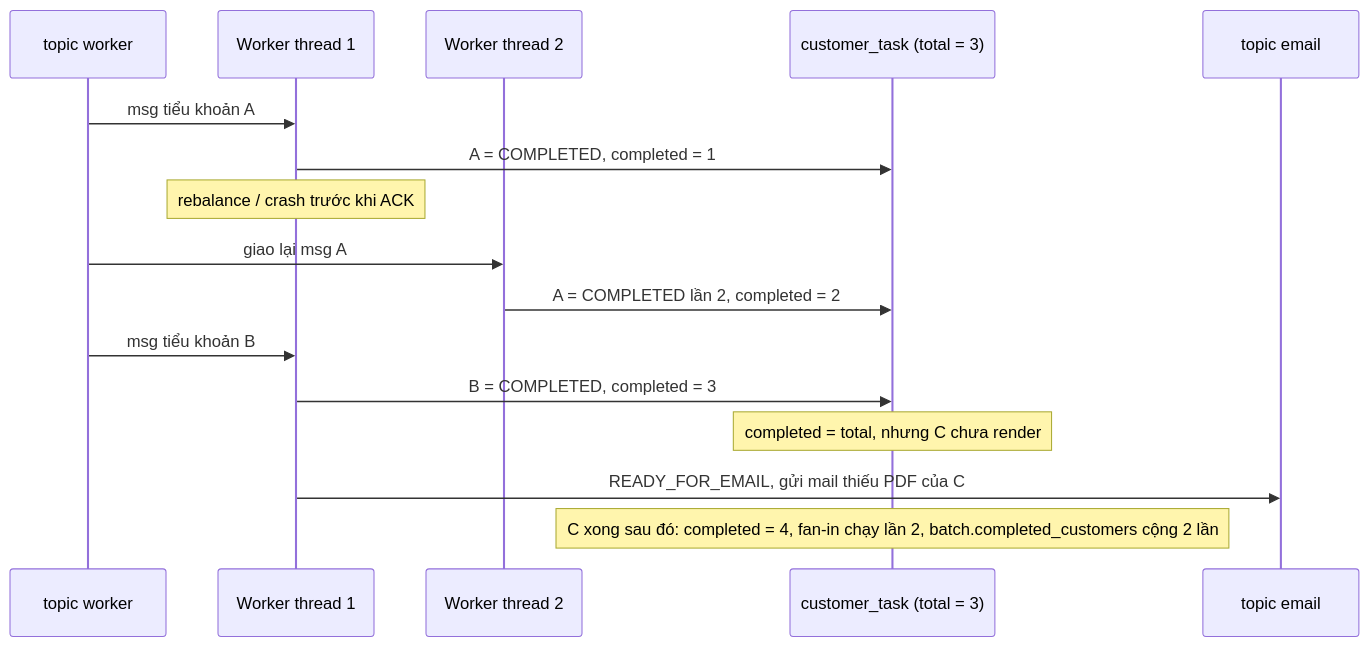
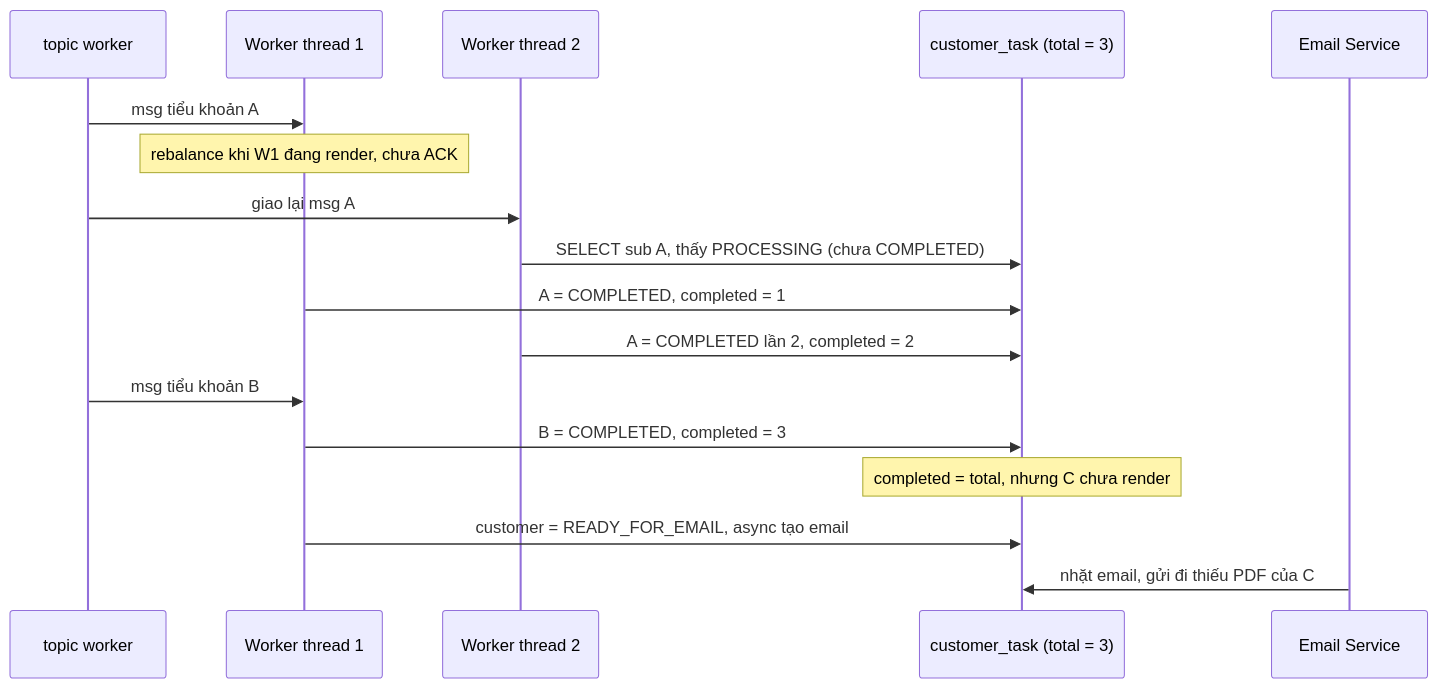
One commit to trandem/blog changed the second of 3 diagrams in sao-ke-eod-trang-thai-va-retry.md. Above: the diagram before and after it, drawn with Mermaid. The commit also changed other lines of this file, not shown here.

````diff
--- a/sao-ke-eod-trang-thai-va-retry.md
+++ b/sao-ke-eod-trang-thai-va-retry.md
@@ -188,19 +93,20 @@
 ```mermaid
 sequenceDiagram
     participant K as topic worker
     participant W1 as Worker thread 1
     participant W2 as Worker thread 2
     participant DB as customer_task (total = 3)
-    participant E as topic email
+    participant ES as Email Service
 
     K->>W1: msg tiểu khoản A
+    Note over W1: rebalance khi W1 đang render, chưa ACK
+    K->>W2: giao lại msg A
+    W2->>DB: SELECT sub A, thấy PROCESSING (chưa COMPLETED)
     W1->>DB: A = COMPLETED, completed = 1
-    Note over W1: rebalance / crash trước khi ACK
-    K->>W2: giao lại msg A
     W2->>DB: A = COMPLETED lần 2, completed = 2
     K->>W1: msg tiểu khoản B
     W1->>DB: B = COMPLETED, completed = 3
     Note over DB: completed = total, nhưng C chưa render
-    W1->>E: READY_FOR_EMAIL, gửi mail thiếu PDF của C
-    Note over DB: C xong sau đó: completed = 4, fan-in chạy lần 2, batch.completed_customers cộng 2 lần
+    W1->>DB: customer = READY_FOR_EMAIL, async tạo email
+    ES->>DB: nhặt email, gửi đi thiếu PDF của C
 ```
````
